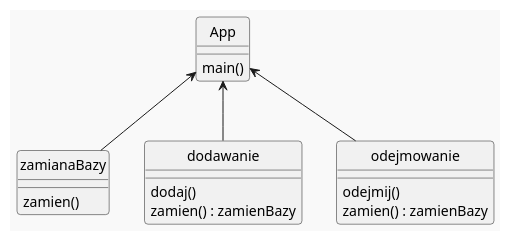
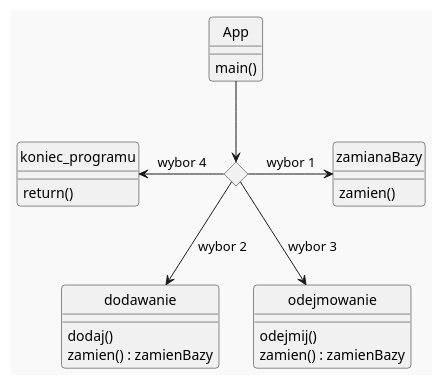
Before and after one commit to UserIOI/numerics_system_convert: the diagram in target/classes/com/numerics/diagram.plantuml, drawn with PlantUML. The commit also changed 1 other file, not shown here.

Commit message:
moze ten diagram

```diff
--- a/target/classes/com/numerics/diagram.plantuml
+++ b/target/classes/com/numerics/diagram.plantuml
@@ -1,30 +1,35 @@
 @startuml Diagram
 !theme mars
 skinparam style strictuml
 skinparam SequenceMessageTextAlignment center
 class App { 
     main()
 }
 class zamianaBazy { 
     zamien()
 }
 class dodawanie {
     dodaj()
     zamien() : zamienBazy
 }
 class odejmowanie { 
     odejmij()
     zamien() : zamienBazy
 }
+class koniec_programu {
+    return()
+}
 ' class koniec_programu {
 '     return()
 ' }
-' App --> 1
-' 1 -> zamianaBazy : wybor 1
-' 1 --> dodawanie : wybor 2
-' 1 --> odejmowanie : wybor 3
-' koniec_programu <- 1 : wybor 4
-App <-- zamianaBazy
-App <-- dodawanie
-App <-- odejmowanie
+diamond 1
+App --> 1
+1 -> zamianaBazy : wybor 1
+1 --> dodawanie : wybor 2
+1 --> odejmowanie : wybor 3
+koniec_programu <- 1 : wybor 4
+' App <-- zamianaBazy
+' App <-- dodawanie
+' App <-- odejmowanie
+' App --> zamianaBazy
 @enduml
```
